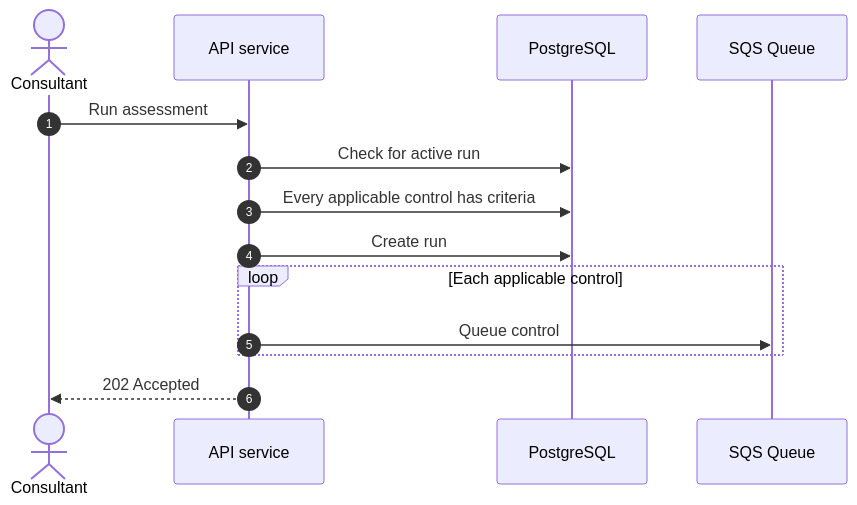
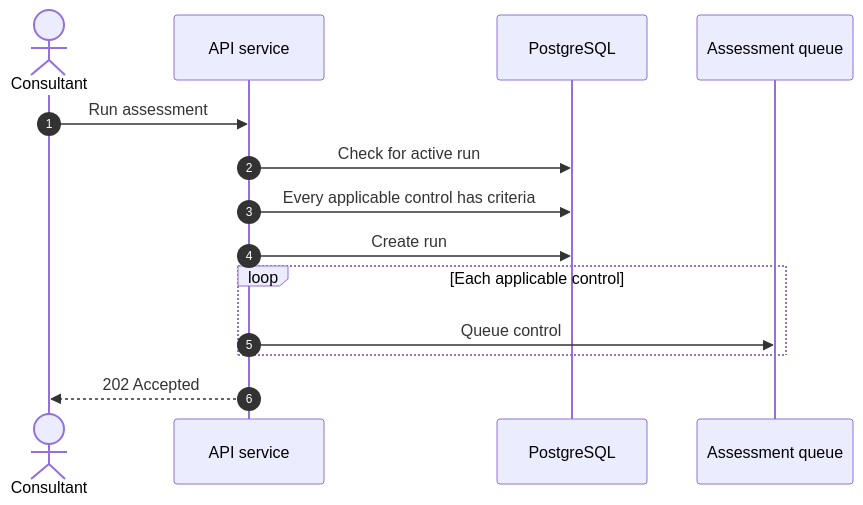
The sixth of 26 diagrams in README.md (DavidRHannah/compliance), drawn with Mermaid before and after one commit. The commit also changed other lines of this file and 1 other file, not shown here.

Commit message:
System context diagram & small sequence diagram updates.

````diff
--- a/README.md
+++ b/README.md
@@ -168,17 +168,17 @@
 ```mermaid
 sequenceDiagram
     autonumber
     actor User as Consultant
     participant API as API service 
     participant DB as PostgreSQL
-    participant SQS as SQS Queue
+    participant SQS as Assessment queue
 
     User->>API: Run assessment
     API->>DB: Check for active run
     API->>DB: Every applicable control has criteria
     API->>DB: Create run
     loop Each applicable control
         API->>SQS: Queue control
     end
     API-->>User: 202 Accepted
 ```
````
